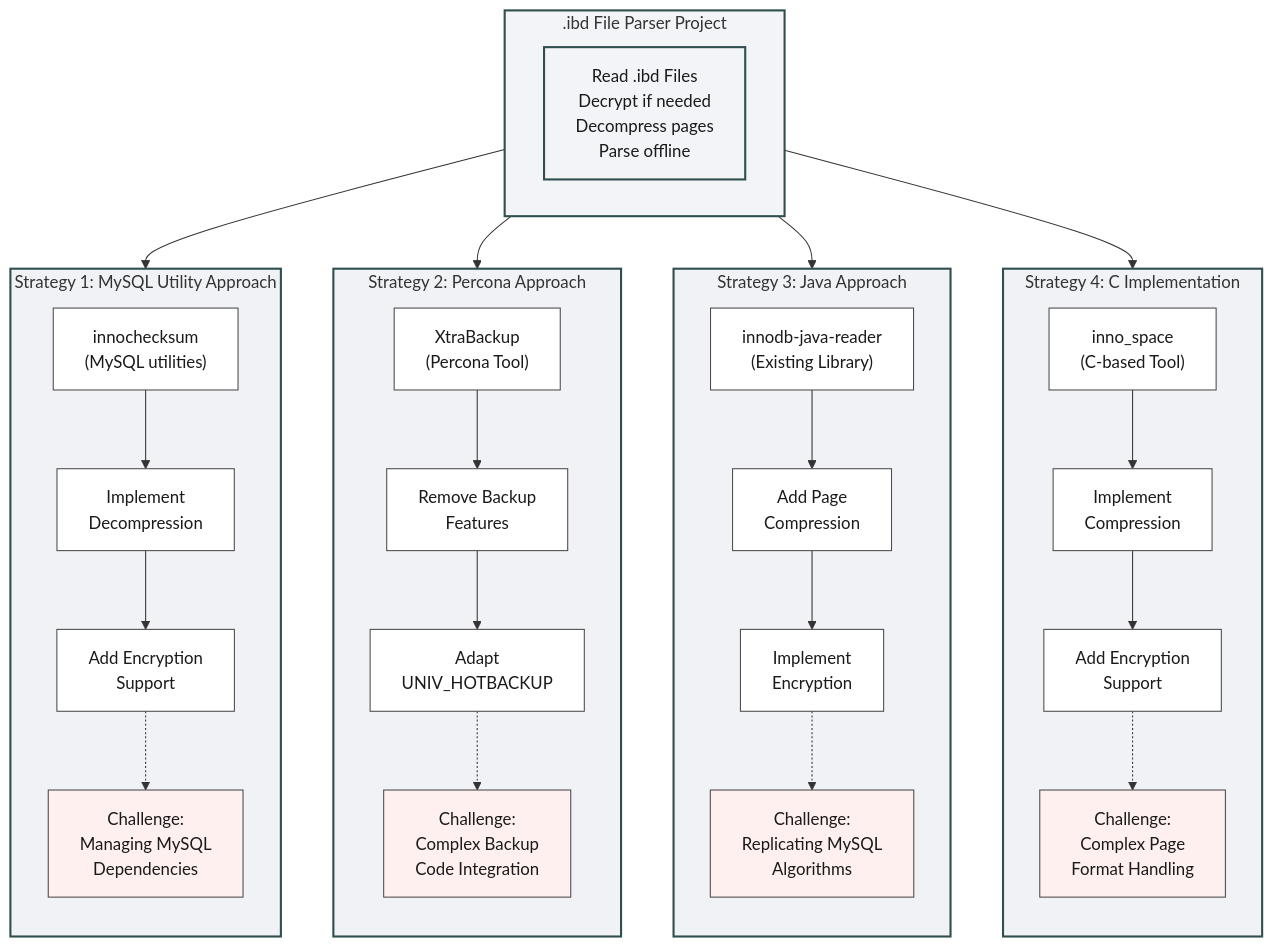
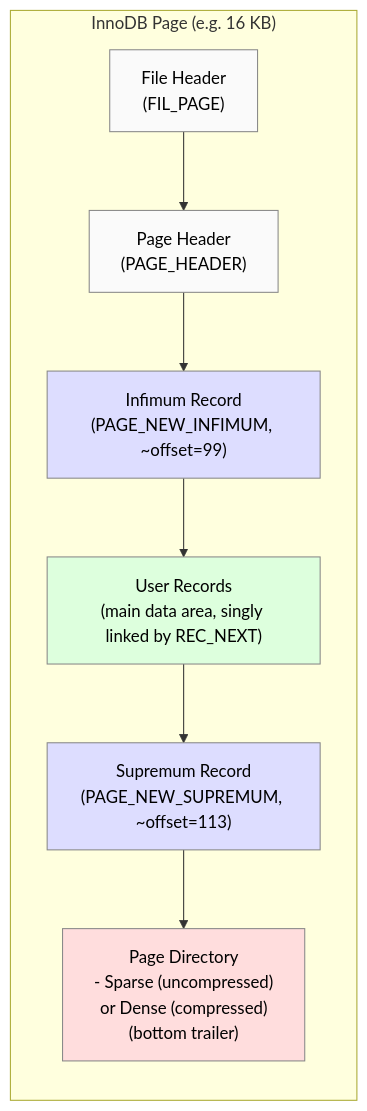
Before and after one commit to wilhasse/courses: the diagram in db/mysql/parse/README.md, drawn with Mermaid. The commit also changed other lines of this file and 1 other file, not shown here.

Commit message:
mysql parse innodb

````diff
--- a/db/mysql/parse/README.md
+++ b/db/mysql/parse/README.md
@@ -9,77 +9,25 @@
 ```mermaid
-flowchart TD
-    %% Style definitions
-    classDef goal fill:#f2f4f7,stroke:#2f4f4f,stroke-width:2px,color:#1a1a1a
-    classDef strategy fill:#f0f2f5,stroke:#2f4f4f,stroke-width:2px,color:#1a1a1a
-    classDef component fill:#ffffff,stroke:#4a4a4a,stroke-width:1px,color:#1a1a1a
-    classDef challenge fill:#fff0f0,stroke:#4a4a4a,stroke-width:1px,color:#1a1a1a
-
-    %% Project Goal
-    subgraph G[".ibd File Parser Project"]
-        style G fill:#f2f4f7,stroke:#2f4f4f,stroke-width:2px
-        goal["Read .ibd Files<br/>Decrypt if needed<br/>Decompress pages<br/>Parse offline"]
+flowchart TB
+    subgraph "InnoDB Page (e.g. 16 KB)"
+        direction TB
+        A["File Header<br/>(FIL_PAGE)"]
+        B["Page Header<br/>(PAGE_HEADER)"]
+        C["Infimum Record<br/>(PAGE_NEW_INFIMUM, ~offset=99)"]
+        D["User Records<br/>(main data area, singly linked by REC_NEXT)"]
+        E["Supremum Record<br/>(PAGE_NEW_SUPREMUM, ~offset=113)"]
+        F["Page Directory<br/>- Sparse (uncompressed)<br/>or Dense (compressed)<br/>(bottom trailer)"]
+        
+        A --> B
+        B --> C
+        C --> D
+        D --> E
+        E --> F
+        
+        style A fill:#fafafa,stroke:#888,stroke-width:1px,color:#000
+        style B fill:#fafafa,stroke:#888,stroke-width:1px,color:#000
+        style C fill:#ddf,stroke:#888,stroke-width:1px,color:#000
+        style D fill:#dfd,stroke:#888,stroke-width:1px,color:#000
+        style E fill:#ddf,stroke:#888,stroke-width:1px,color:#000
+        style F fill:#fdd,stroke:#888,stroke-width:1px,color:#000
     end
-
-    %% Strategy 1: innochecksum
-    subgraph S1[Strategy 1: MySQL Utility Approach]
-        style S1 fill:#f0f2f5,stroke:#2f4f4f,stroke-width:2px
-        direction TB
-        inno["innochecksum<br/>(MySQL utilities)"]
-        inno_comp["Implement<br/>Decompression"]
-        inno_enc["Add Encryption<br/>Support"]
-        challenge1["Challenge:<br/>Managing MySQL<br/>Dependencies"]
-    end
-
-    %% Strategy 2: xtraBackup
-    subgraph S2[Strategy 2: Percona Approach]
-        style S2 fill:#f0f2f5,stroke:#2f4f4f,stroke-width:2px
-        direction TB
-        xtra["XtraBackup<br/>(Percona Tool)"]
-        xtra_strip["Remove Backup<br/>Features"]
-        xtra_adapt["Adapt<br/>UNIV_HOTBACKUP"]
-        challenge2["Challenge:<br/>Complex Backup<br/>Code Integration"]
-    end
-
-    %% Strategy 3: Java Reader
-    subgraph S3[Strategy 3: Java Approach]
-        style S3 fill:#f0f2f5,stroke:#2f4f4f,stroke-width:2px
-        direction TB
-        java["innodb-java-reader<br/>(Existing Library)"]
-        java_comp["Add Page<br/>Compression"]
-        java_enc["Implement<br/>Encryption"]
-        challenge3["Challenge:<br/>Replicating MySQL<br/>Algorithms"]
-    end
-
-    %% Strategy 4: C Tool
-    subgraph S4[Strategy 4: C Implementation]
-        style S4 fill:#f0f2f5,stroke:#2f4f4f,stroke-width:2px
-        direction TB
-        c_tool["inno_space<br/>(C-based Tool)"]
-        c_comp["Implement<br/>Compression"]
-        c_enc["Add Encryption<br/>Support"]
-        challenge4["Challenge:<br/>Complex Page<br/>Format Handling"]
-    end
-
-    %% Main connections
-    G --> S1
-    G --> S2
-    G --> S3
-    G --> S4
-
-    %% Strategy 1 connections
-    inno --> inno_comp --> inno_enc -.-> challenge1
-
-    %% Strategy 2 connections
-    xtra --> xtra_strip --> xtra_adapt -.-> challenge2
-
-    %% Strategy 3 connections
-    java --> java_comp --> java_enc -.-> challenge3
-
-    %% Strategy 4 connections
-    c_tool --> c_comp --> c_enc -.-> challenge4
-
-    %% Apply styles
-    class goal goal
-    class inno,inno_comp,inno_enc,xtra,xtra_strip,xtra_adapt,java,java_comp,java_enc,c_tool,c_comp,c_enc component
-    class challenge1,challenge2,challenge3,challenge4 challenge
 ```
````
